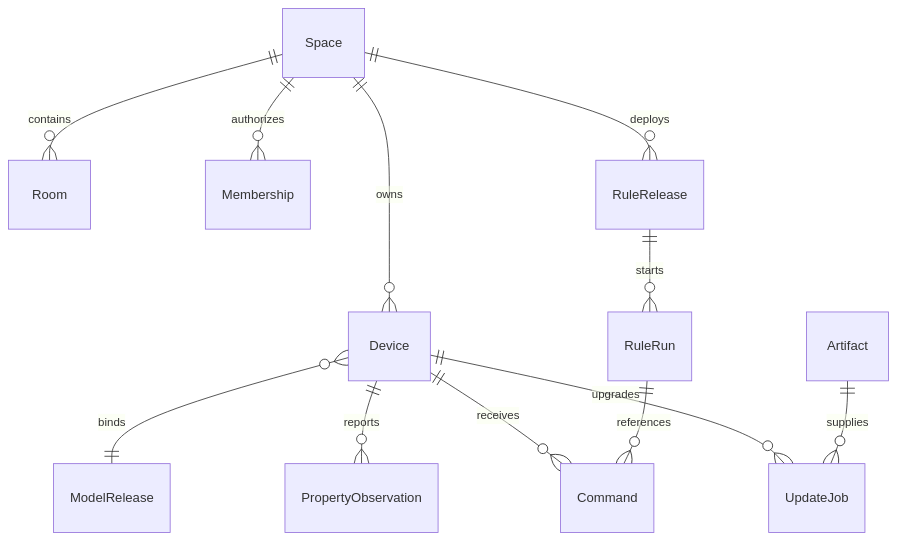
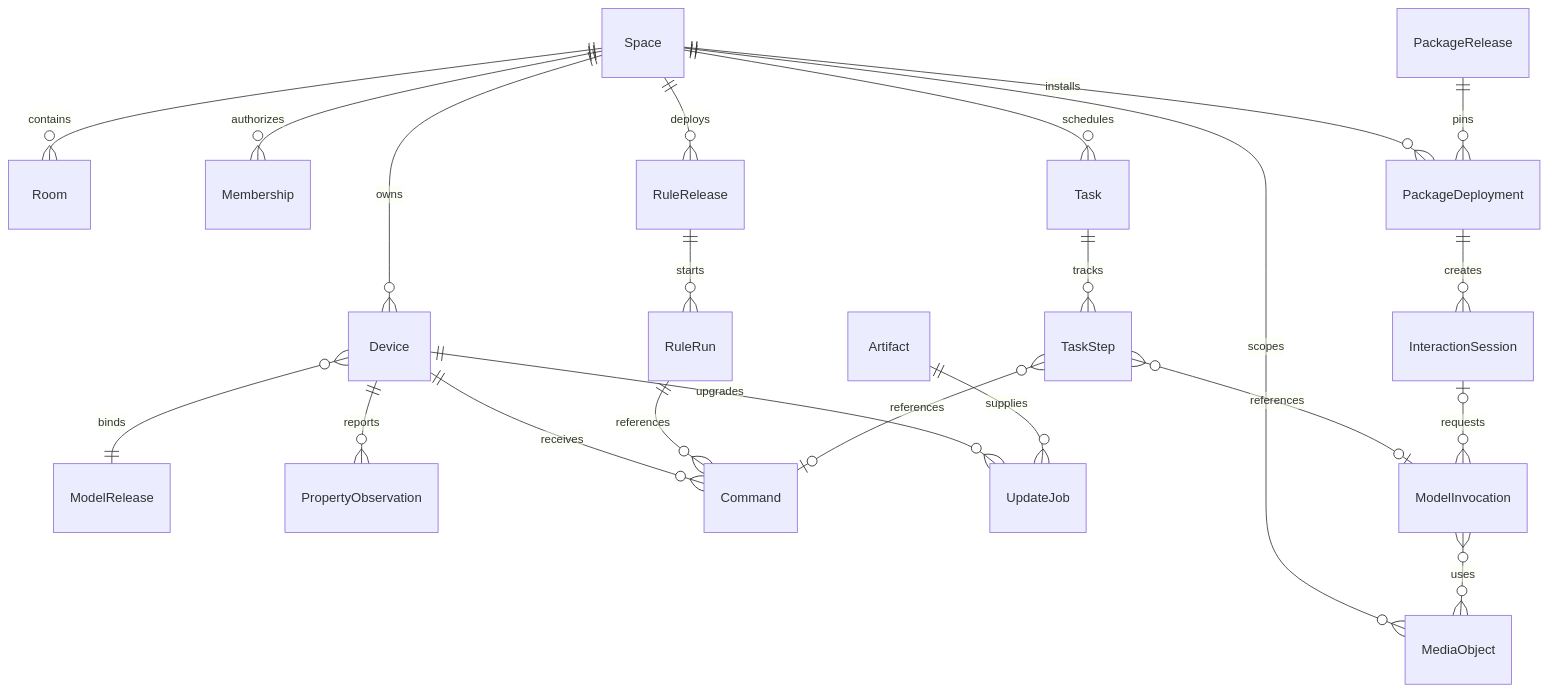
The diagram in docs/04-领域模型与数据设计.md (limecloud/iot), drawn with Mermaid before and after one commit. The commit also changed other lines of this file and 331 other files, not shown here.

````diff
--- a/docs/04-领域模型与数据设计.md
+++ b/docs/04-领域模型与数据设计.md
@@ -24,14 +24,24 @@
 ```mermaid
 erDiagram
   Space ||--o{ Room : contains
   Space ||--o{ Membership : authorizes
   Space ||--o{ Device : owns
   Device }o--|| ModelRelease : binds
   Device ||--o{ PropertyObservation : reports
   Device ||--o{ Command : receives
   Space ||--o{ RuleRelease : deploys
   RuleRelease ||--o{ RuleRun : starts
   RuleRun ||--o{ Command : references
   Device ||--o{ UpdateJob : upgrades
   Artifact ||--o{ UpdateJob : supplies
+  Space ||--o{ PackageDeployment : installs
+  PackageRelease ||--o{ PackageDeployment : pins
+  PackageDeployment ||--o{ InteractionSession : creates
+  Space ||--o{ Task : schedules
+  Task ||--o{ TaskStep : tracks
+  TaskStep }o--o| Command : references
+  TaskStep }o--o| ModelInvocation : references
+  InteractionSession |o--o{ ModelInvocation : requests
+  Space ||--o{ MediaObject : scopes
+  ModelInvocation }o--o{ MediaObject : uses
 ```
````
